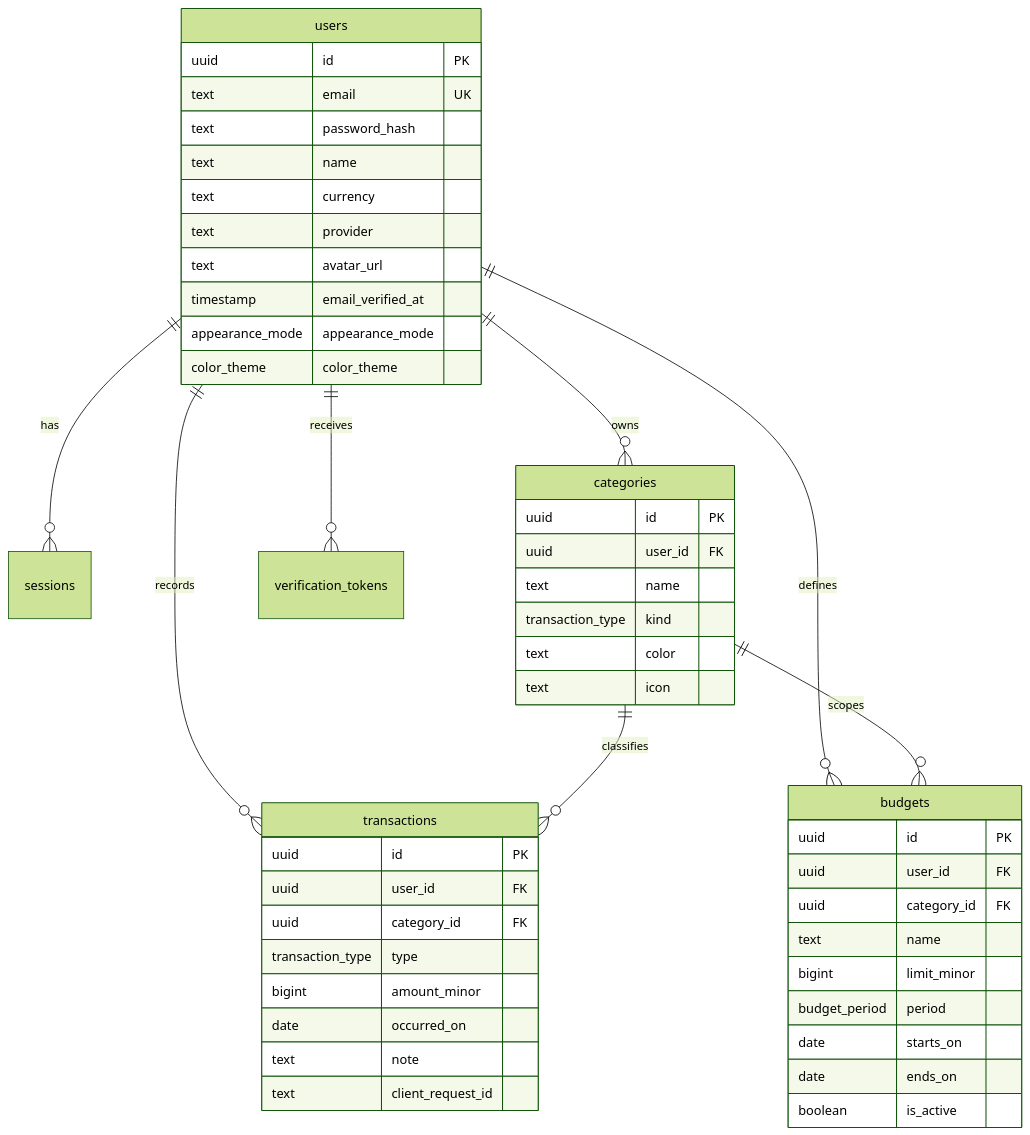
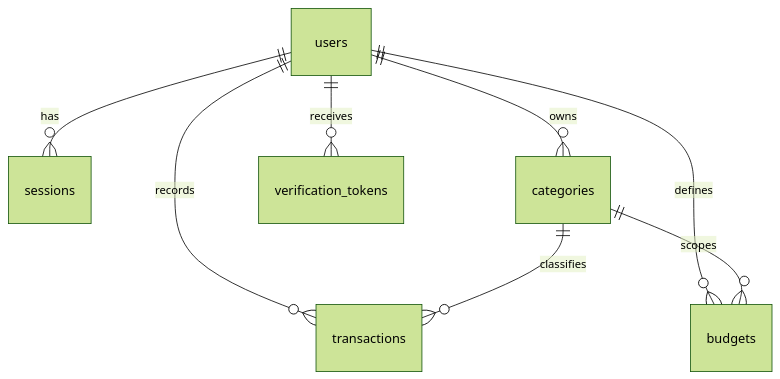
One commit to nextern-dev/Vira changed the second of 2 diagrams in README.md. Above: the diagram before and after it, drawn with Mermaid (forest theme). The commit also changed other lines of this file, not shown here.

Commit message:
docs: refresh Vira README

````diff
--- a/README.md
+++ b/README.md
@@ -134,55 +134,10 @@
 ```mermaid
 erDiagram
   users ||--o{ sessions : has
   users ||--o{ categories : owns
   users ||--o{ transactions : records
   users ||--o{ budgets : defines
   users ||--o{ verification_tokens : receives
   categories ||--o{ transactions : classifies
   categories ||--o{ budgets : scopes
-
-  users {
-    uuid id PK
-    text email UK
-    text password_hash
-    text name
-    text currency
-    text provider
-    text avatar_url
-    timestamp email_verified_at
-    appearance_mode appearance_mode
-    color_theme color_theme
-  }
-
-  transactions {
-    uuid id PK
-    uuid user_id FK
-    uuid category_id FK
-    transaction_type type
-    bigint amount_minor
-    date occurred_on
-    text note
-    text client_request_id
-  }
-
-  budgets {
-    uuid id PK
-    uuid user_id FK
-    uuid category_id FK
-    text name
-    bigint limit_minor
-    budget_period period
-    date starts_on
-    date ends_on
-    boolean is_active
-  }
-
-  categories {
-    uuid id PK
-    uuid user_id FK
-    text name
-    transaction_type kind
-    text color
-    text icon
-  }
 ```
````
